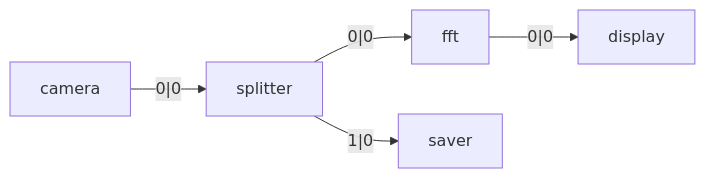
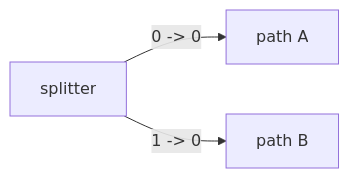
Before and after one commit to DigitalHolography/Holoflow: the second of 2 diagrams in doc/mkdocs/docs/holoflow/concepts/graph.md, drawn with Mermaid. The commit also changed other lines of this file and 9 other files, not shown here.

````diff
--- a/doc/mkdocs/docs/holoflow/concepts/graph.md
+++ b/doc/mkdocs/docs/holoflow/concepts/graph.md
@@ -129,13 +76,9 @@
 ```mermaid
 flowchart LR
-  A["camera"]
-  B["splitter"]
-  C["fft"]
-  D["display"]
-  E["saver"]
+  A[splitter]
+  B[path A]
+  C[path B]
 
-  A -->|"0|0"| B
-  B -->|"0|0"| C
-  B -->|"1|0"| E
-  C -->|"0|0"| D
+  A -->|"0 -> 0"| B
+  A -->|"1 -> 0"| C
 ```
````
